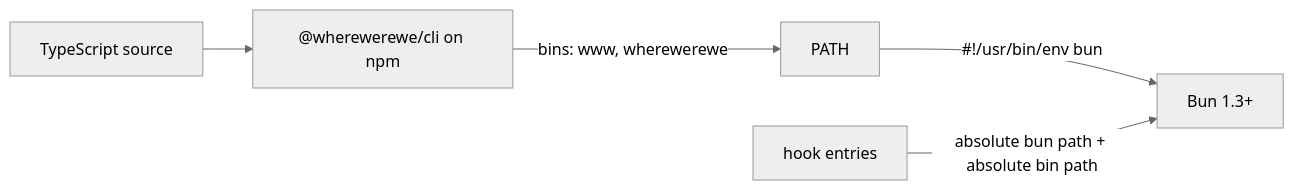
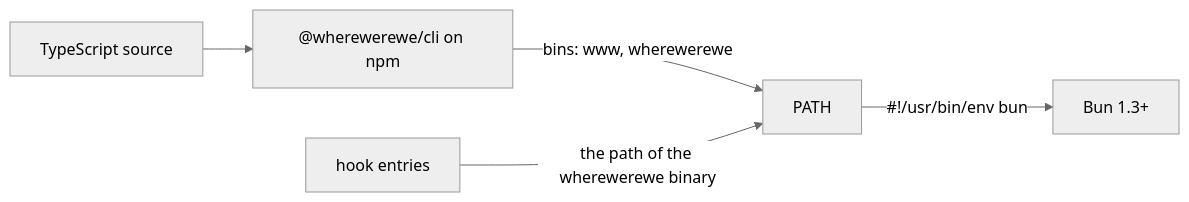
One commit to zgeoff/wherewerewe changed the diagram in docs/design/wherewerewe/shipping.md. Above: the diagram before and after it, drawn with Mermaid (neutral theme). The commit also changed other lines of this file and 246 other files, not shown here.

````diff
--- a/docs/design/wherewerewe/shipping.md
+++ b/docs/design/wherewerewe/shipping.md
@@ -10,7 +10,7 @@
 ```mermaid
 flowchart LR
   src[TypeScript source] --> npm["@wherewerewe/cli on npm"]
   npm -->|"bins: www, wherewerewe"| path[PATH]
   path -->|"#!/usr/bin/env bun"| bun[Bun 1.3+]
-  hooks[hook entries] -->|"absolute bun path + absolute bin path"| bun
+  hooks[hook entries] -->|"the path of the wherewerewe binary"| path
 ```
````
